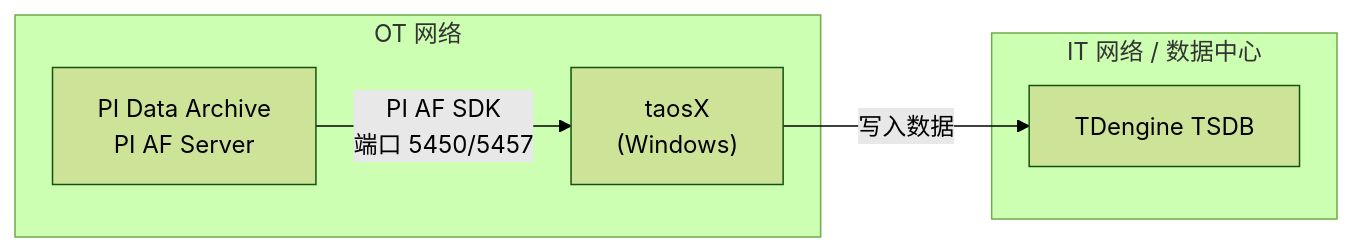
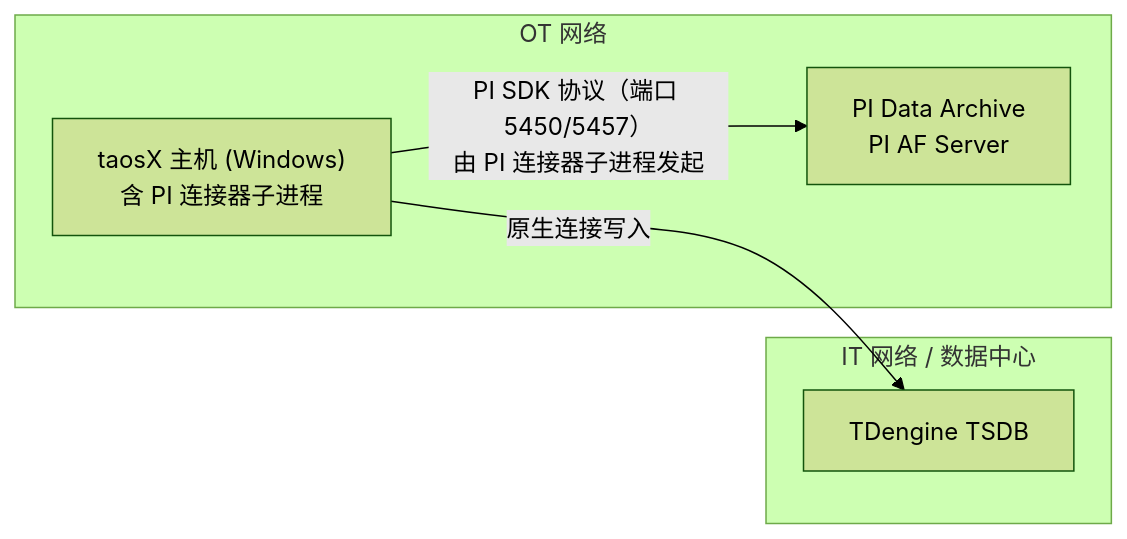
The first of 3 diagrams in docs/zh/06-advanced/05-data-in/03-pi/02-deployment-architecture.md (taosdata/TDengine), drawn with Mermaid (forest theme) before and after one commit. The commit also changed other lines of this file and 7 other files, not shown here.

````diff
--- a/docs/zh/06-advanced/05-data-in/03-pi/02-deployment-architecture.md
+++ b/docs/zh/06-advanced/05-data-in/03-pi/02-deployment-architecture.md
@@ -23,12 +23,12 @@
 ```mermaid
 graph LR
     subgraph OT["OT 网络"]
         PI["PI Data Archive<br/>PI AF Server"]
-        TX["taosX<br/>(Windows)"]
+        TX["taosX 主机 (Windows)<br/>含 PI 连接器子进程"]
     end
     subgraph IT["IT 网络 / 数据中心"]
         TD["TDengine TSDB"]
     end
-    PI -- "PI AF SDK<br/>端口 5450/5457" --> TX
-    TX -- "写入数据" --> TD
+    TX -- "PI SDK 协议（端口 5450/5457）<br/>由 PI 连接器子进程发起" --> PI
+    TX -- "原生连接写入" --> TD
 ```
````
